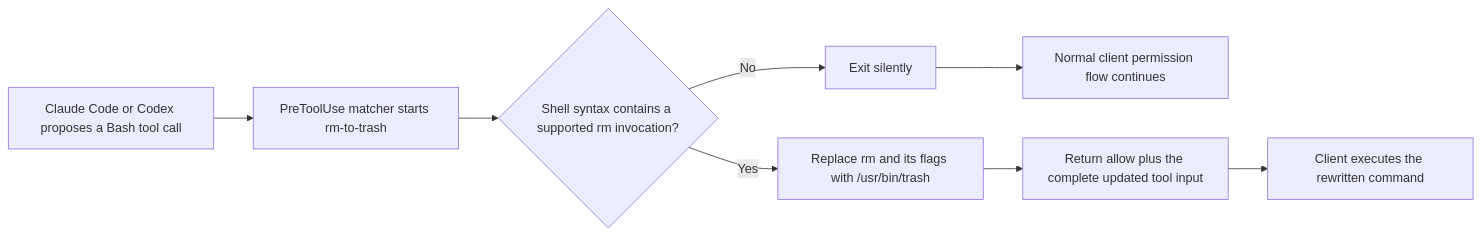
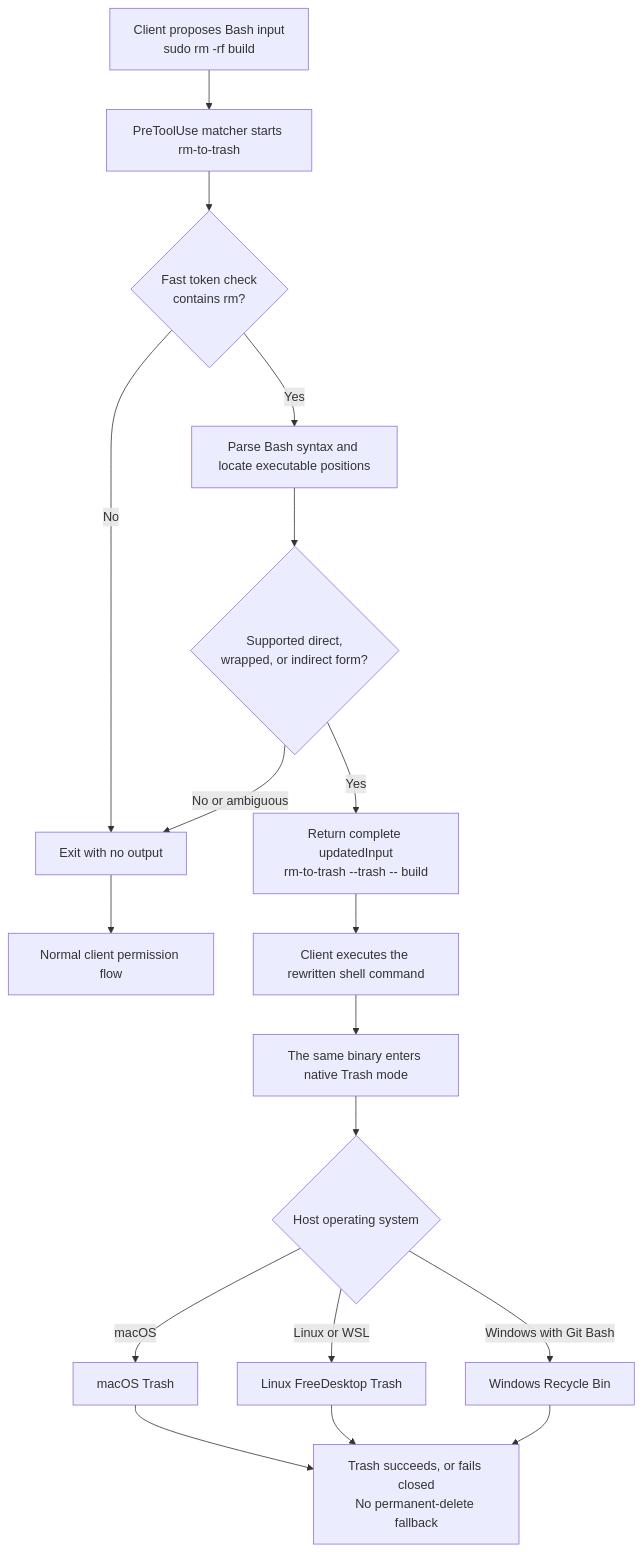
The diagram in README.md (ShlomoStept/rm-to-trash-hook), drawn with Mermaid before and after one commit. The commit also changed other lines of this file and 17 other files, not shown here.

````diff
--- a/README.md
+++ b/README.md
@@ -43,10 +100,27 @@
 ```mermaid
-flowchart LR
-    A["Claude Code or Codex proposes a Bash tool call"] --> B["PreToolUse matcher starts rm-to-trash"]
-    B --> C{"Shell syntax contains a supported rm invocation?"}
-    C -->|"No"| D["Exit silently"]
-    D --> E["Normal client permission flow continues"]
-    C -->|"Yes"| F["Replace rm and its flags with /usr/bin/trash"]
-    F --> G["Return allow plus the complete updated tool input"]
-    G --> H["Client executes the rewritten command"]
+flowchart TB
+    A["Client proposes Bash input<br/>sudo rm -rf build"]
+    B["PreToolUse matcher starts rm-to-trash"]
+    C{"Fast token check<br/>contains rm?"}
+    D["Exit with no output"]
+    E["Parse Bash syntax and locate executable positions"]
+    F{"Supported direct,<br/>wrapped, or indirect form?"}
+    G["Return complete updatedInput<br/>rm-to-trash --trash -- build"]
+    H["Client executes the rewritten shell command"]
+    I["The same binary enters native Trash mode"]
+    J{"Host operating system"}
+    K["macOS Trash"]
+    L["Linux FreeDesktop Trash"]
+    M["Windows Recycle Bin"]
+    N["Normal client permission flow"]
+    O["Trash succeeds, or fails closed<br/>No permanent-delete fallback"]
+
+    A --> B --> C
+    C -->|"No"| D --> N
+    C -->|"Yes"| E --> F
+    F -->|"No or ambiguous"| D
+    F -->|"Yes"| G --> H --> I --> J
+    J -->|"macOS"| K --> O
+    J -->|"Linux or WSL"| L --> O
+    J -->|"Windows with Git Bash"| M --> O
 ```
````
